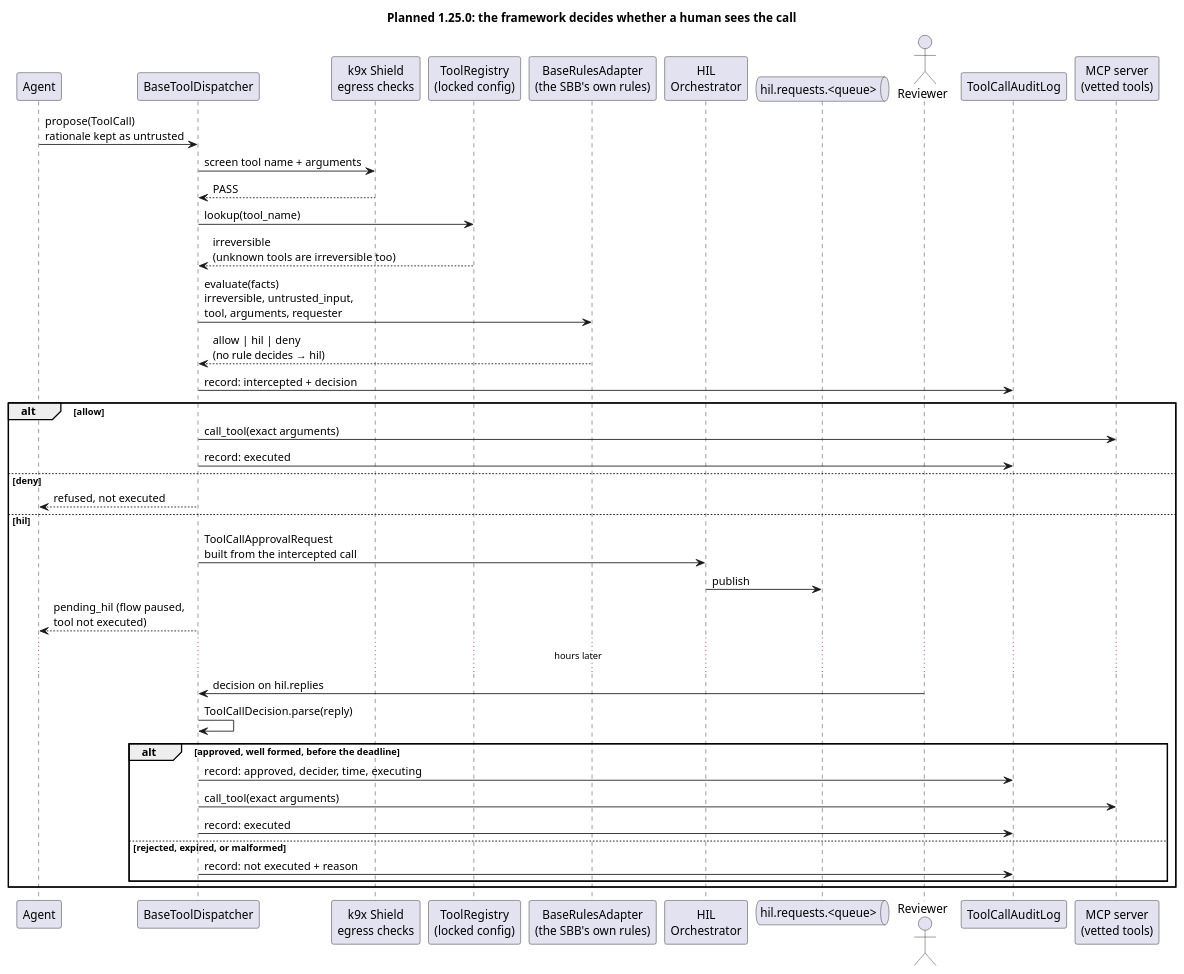
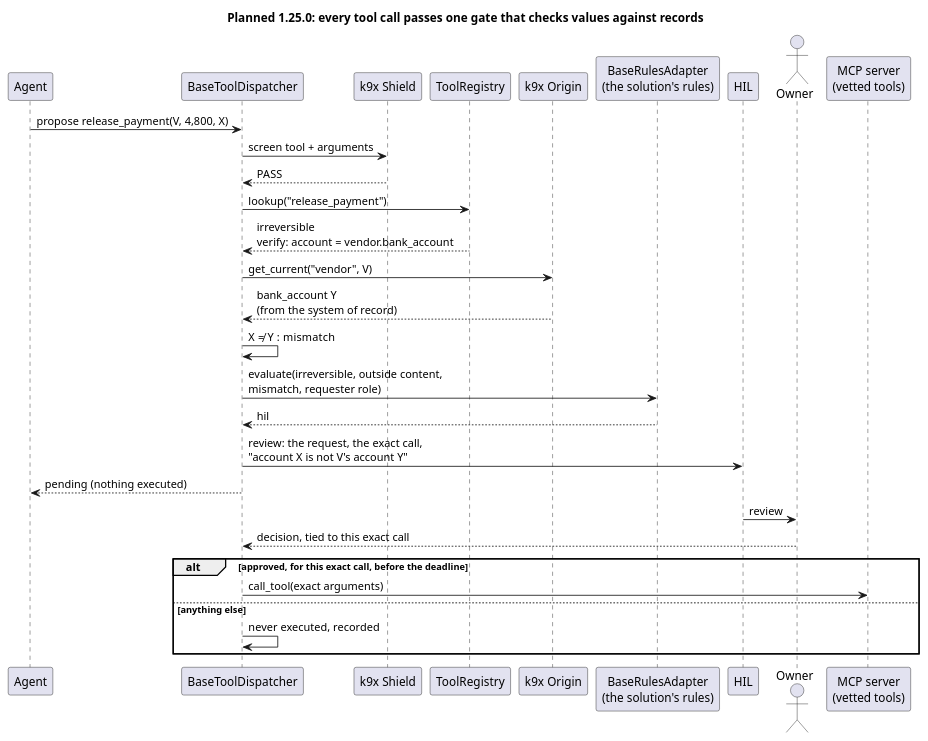
The diagram in assets/diagrams/hil-review-planned.puml (k9aif/k9-aif-blogs), drawn with PlantUML before and after one commit. The commit also changed 7 other files, not shown here.

Commit message:
Blog draft: a prompt can't change your agent; values checked against records (design planned, not approved)

```diff
--- a/assets/diagrams/hil-review-planned.puml
+++ b/assets/diagrams/hil-review-planned.puml
@@ -1,44 +1,35 @@
 @startuml hil-review-planned
-title Planned 1.25.0: the framework decides whether a human sees the call
+title Planned 1.25.0: every tool call passes one gate that checks values against records
 
 participant "Agent" as A
 participant "BaseToolDispatcher" as D
-participant "k9x Shield\negress checks" as SE
-participant "ToolRegistry\n(locked config)" as R
-participant "BaseRulesAdapter\n(the SBB's own rules)" as RU
-participant "HIL\nOrchestrator" as H
-queue "hil.requests.<queue>" as Q
-actor "Reviewer" as V
-participant "ToolCallAuditLog" as AU
+participant "k9x Shield" as SE
+participant "ToolRegistry" as R
+participant "k9x Origin" as OR
+participant "BaseRulesAdapter\n(the solution's rules)" as RU
+participant "HIL" as H
+actor "Owner" as V
 participant "MCP server\n(vetted tools)" as T
 
-A -> D : propose(ToolCall)\nrationale kept as untrusted
-D -> SE : screen tool name + arguments
+A -> D : propose release_payment(V, 4,800, X)
+D -> SE : screen tool + arguments
 SE --> D : PASS
-D -> R : lookup(tool_name)
-R --> D : irreversible\n(unknown tools are irreversible too)
-D -> RU : evaluate(facts)\nirreversible, untrusted_input,\ntool, arguments, requester
-RU --> D : allow | hil | deny\n(no rule decides → hil)
-D -> AU : record: intercepted + decision
+D -> R : lookup("release_payment")
+R --> D : irreversible\nverify: account = vendor.bank_account
+D -> OR : get_current("vendor", V)
+OR --> D : bank_account Y\n(from the system of record)
+D -> D : X ≠ Y : mismatch
+D -> RU : evaluate(irreversible, outside content,\nmismatch, requester role)
+RU --> D : hil
 
-alt allow
+D -> H : review: the request, the exact call,\n"account X is not V's account Y"
+D --> A : pending (nothing executed)
+H -> V : review
+V --> D : decision, tied to this exact call
+
+alt approved, for this exact call, before the deadline
   D -> T : call_tool(exact arguments)
-  D -> AU : record: executed
-else deny
-  D --> A : refused, not executed
-else hil
-  D -> H : ToolCallApprovalRequest\nbuilt from the intercepted call
-  H -> Q : publish
-  D --> A : pending_hil (flow paused,\ntool not executed)
-  ... hours later ...
-  V -> D : decision on hil.replies
-  D -> D : ToolCallDecision.parse(reply)
-  alt approved, well formed, before the deadline
-    D -> AU : record: approved, decider, time, executing
-    D -> T : call_tool(exact arguments)
-    D -> AU : record: executed
-  else rejected, expired, or malformed
-    D -> AU : record: not executed + reason
-  end
+else anything else
+  D -> D : never executed, recorded
 end
 @enduml
```
